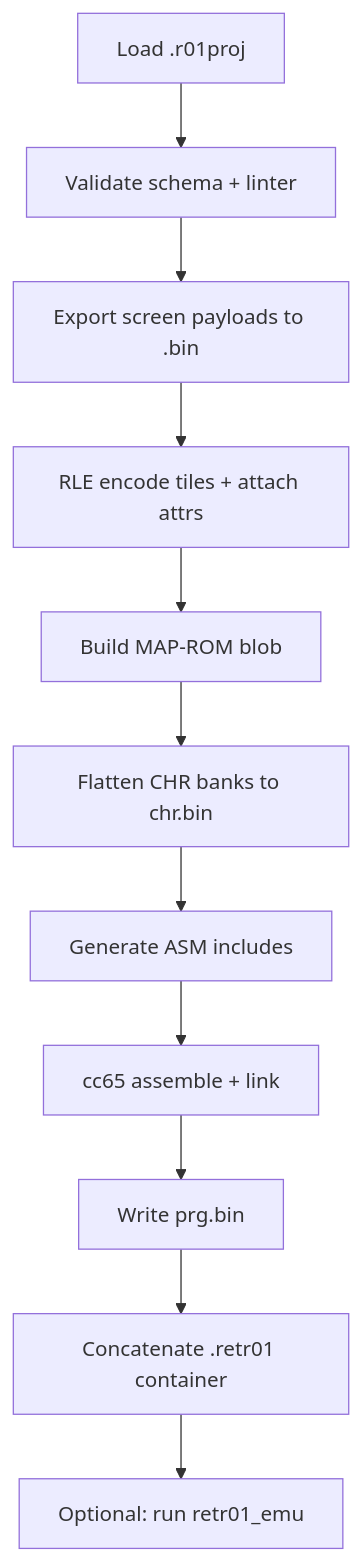
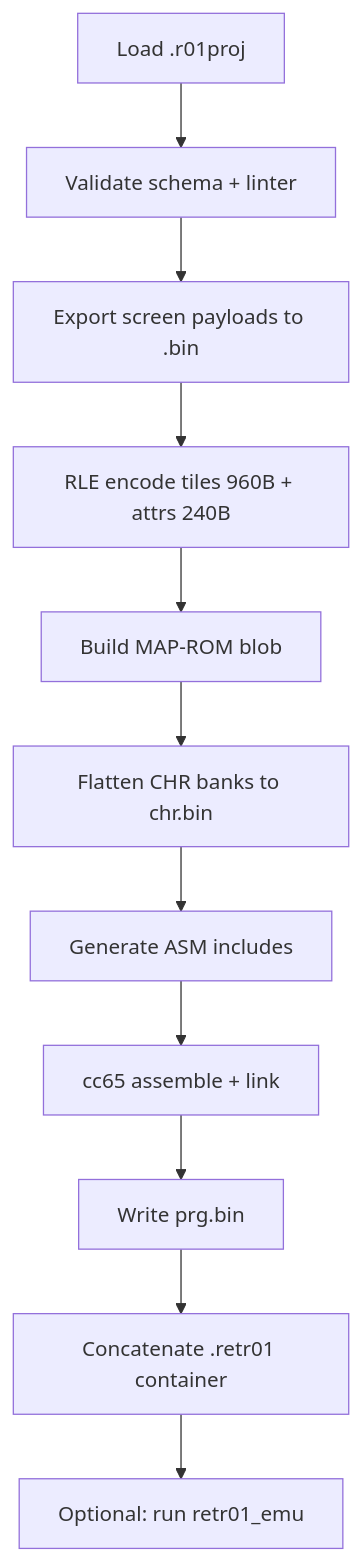
Before and after one commit to gustavostuff/retr01: the diagram in retr01_world_studio/planning/05_cart_assembly.md, drawn with Mermaid. The commit also changed other lines of this file and 7 other files, not shown here.

Commit message:
Have 2 RLE: tiles and attr

````diff
--- a/retr01_world_studio/planning/05_cart_assembly.md
+++ b/retr01_world_studio/planning/05_cart_assembly.md
@@ -110,13 +110,13 @@
 ```mermaid
 flowchart TD
   A[Load .r01proj] --> B[Validate schema + linter]
   B --> C[Export screen payloads to .bin]
-  C --> D[RLE encode tiles + attach attrs]
+  C --> D[RLE encode tiles 960B + attrs 240B]
   D --> E[Build MAP-ROM blob]
   E --> F[Flatten CHR banks to chr.bin]
   F --> G[Generate ASM includes]
   G --> H[cc65 assemble + link]
   H --> I[Write prg.bin]
   I --> J[Concatenate .retr01 container]
   J --> K[Optional: run retr01_emu]
 ```
````
